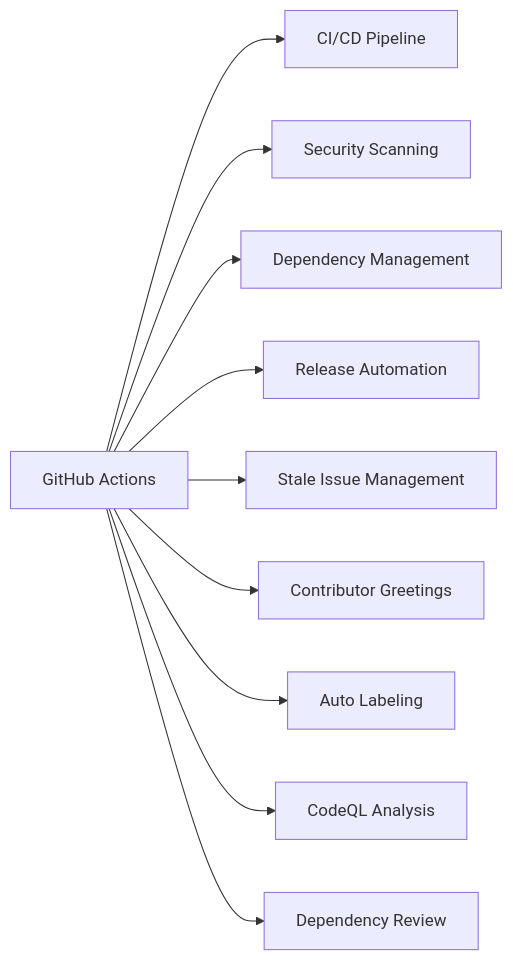
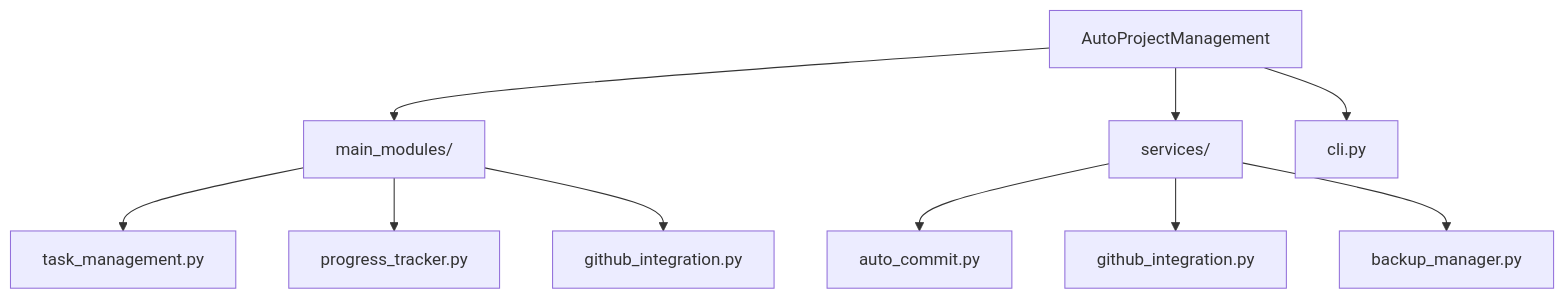
Before and after one commit to Shakour-Data/AutoProjectManagement: the fourth of 4 diagrams in README.md, drawn with Mermaid. The commit also changed other lines of this file, not shown here.

Commit message:
`Updated README.md with changes to project description, architecture diagrams, and installation instructions`

````diff
--- a/README.md
+++ b/README.md
@@ -581,12 +88,14 @@
 ```mermaid
-graph LR
-    A[GitHub Actions] --> B[CI/CD Pipeline]
-    A --> C[Security Scanning]
-    A --> D[Dependency Management]
-    A --> E[Release Automation]
-    A --> F[Stale Issue Management]
-    A --> G[Contributor Greetings]
-    A --> H[Auto Labeling]
-    A --> I[CodeQL Analysis]
-    A --> J[Dependency Review]
+graph TD
+    A[AutoProjectManagement] --> B[main_modules/]
+    A --> C[services/]
+    A --> D[cli.py]
+    
+    B --> E[task_management.py]
+    B --> F[progress_tracker.py]
+    B --> G[github_integration.py]
+    
+    C --> H[auto_commit.py]
+    C --> I[github_integration.py]
+    C --> J[backup_manager.py]
 ```
````
